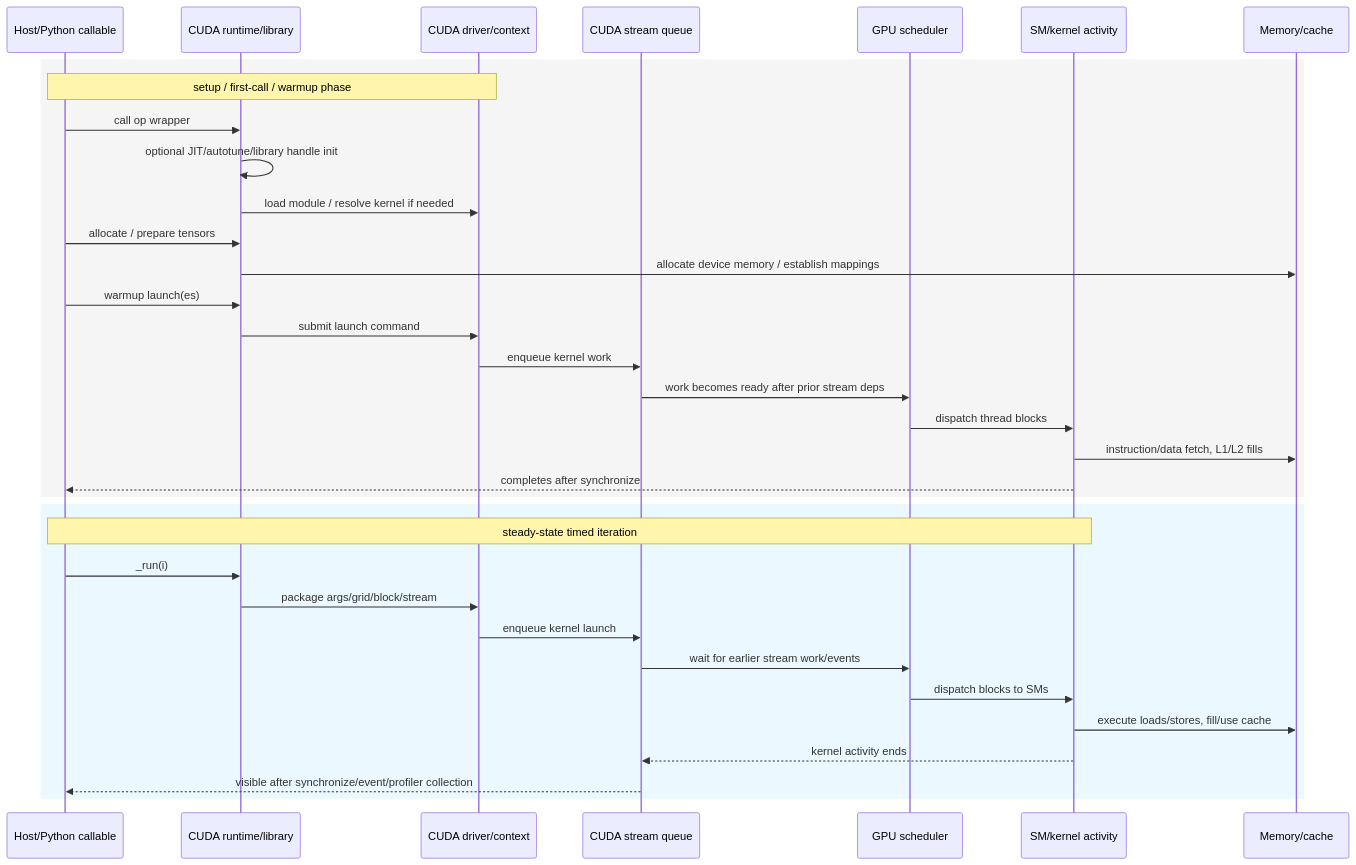
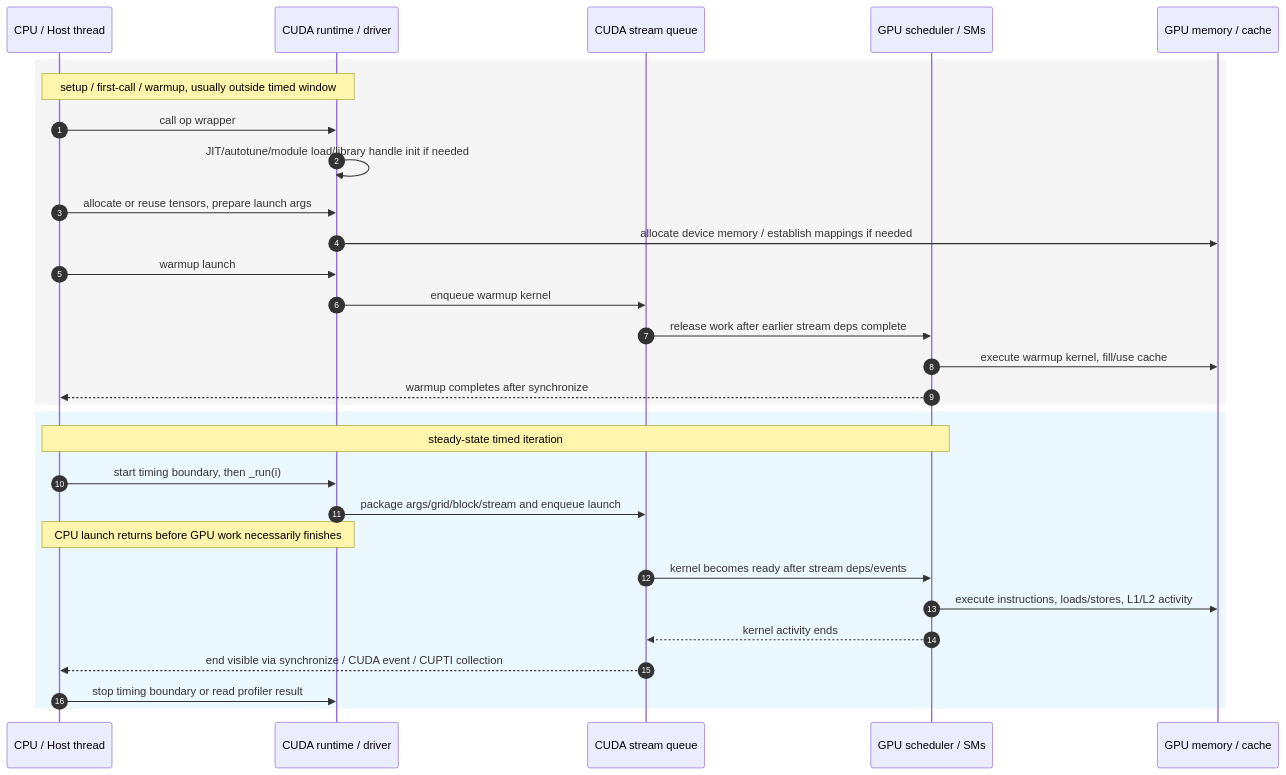
The diagram in plans/archive/benchmark-methods-survey-note-cn.md (superAngGao/tileops-operator-design-plans), drawn with Mermaid before and after one commit. The commit also changed other lines of this file, not shown here.

Commit message:
Redraw GPU launch timeline note

````diff
--- a/plans/archive/benchmark-methods-survey-note-cn.md
+++ b/plans/archive/benchmark-methods-survey-note-cn.md
@@ -30,38 +30,34 @@
 ```mermaid
 sequenceDiagram
-    participant Host as Host/Python callable
-    participant Runtime as CUDA runtime/library
-    participant Driver as CUDA driver/context
-    participant Stream as CUDA stream queue
-    participant Sched as GPU scheduler
-    participant SM as SM/kernel activity
-    participant Mem as Memory/cache
+    autonumber
+    participant CPU as CPU / Host thread
+    participant RT as CUDA runtime / driver
+    participant Q as CUDA stream queue
+    participant GPU as GPU scheduler / SMs
+    participant MEM as GPU memory / cache
 
     rect rgb(245, 245, 245)
-        note over Host,Driver: setup / first-call / warmup phase
-        Host->>Runtime: call op wrapper
-        Runtime->>Runtime: optional JIT/autotune/library handle init
-        Runtime->>Driver: load module / resolve kernel if needed
-        Host->>Runtime: allocate / prepare tensors
-        Runtime->>Mem: allocate device memory / establish mappings
-        Host->>Runtime: warmup launch(es)
-        Runtime->>Driver: submit launch command
-        Driver->>Stream: enqueue kernel work
-        Stream->>Sched: work becomes ready after prior stream deps
-        Sched->>SM: dispatch thread blocks
-        SM->>Mem: instruction/data fetch, L1/L2 fills
-        SM-->>Host: completes after synchronize
+        note over CPU,RT: setup / first-call / warmup, usually outside timed window
+        CPU->>RT: call op wrapper
+        RT->>RT: JIT/autotune/module load/library handle init if needed
+        CPU->>RT: allocate or reuse tensors, prepare launch args
+        RT->>MEM: allocate device memory / establish mappings if needed
+        CPU->>RT: warmup launch
+        RT->>Q: enqueue warmup kernel
+        Q->>GPU: release work after earlier stream deps complete
+        GPU->>MEM: execute warmup kernel, fill/use cache
+        GPU-->>CPU: warmup completes after synchronize
     end
 
     rect rgb(235, 248, 255)
-        note over Host,SM: steady-state timed iteration
-        Host->>Runtime: _run(i)
-        Runtime->>Driver: package args/grid/block/stream
-        Driver->>Stream: enqueue kernel launch
-        Stream->>Sched: wait for earlier stream work/events
-        Sched->>SM: dispatch blocks to SMs
-        SM->>Mem: execute loads/stores, fill/use cache
-        SM-->>Stream: kernel activity ends
-        Stream-->>Host: visible after synchronize/event/profiler collection
+        note over CPU,GPU: steady-state timed iteration
+        CPU->>RT: start timing boundary, then _run(i)
+        RT->>Q: package args/grid/block/stream and enqueue launch
+        note over CPU,RT: CPU launch returns before GPU work necessarily finishes
+        Q->>GPU: kernel becomes ready after stream deps/events
+        GPU->>MEM: execute instructions, loads/stores, L1/L2 activity
+        GPU-->>Q: kernel activity ends
+        Q-->>CPU: end visible via synchronize / CUDA event / CUPTI collection
+        CPU->>RT: stop timing boundary or read profiler result
     end
 ```
````
